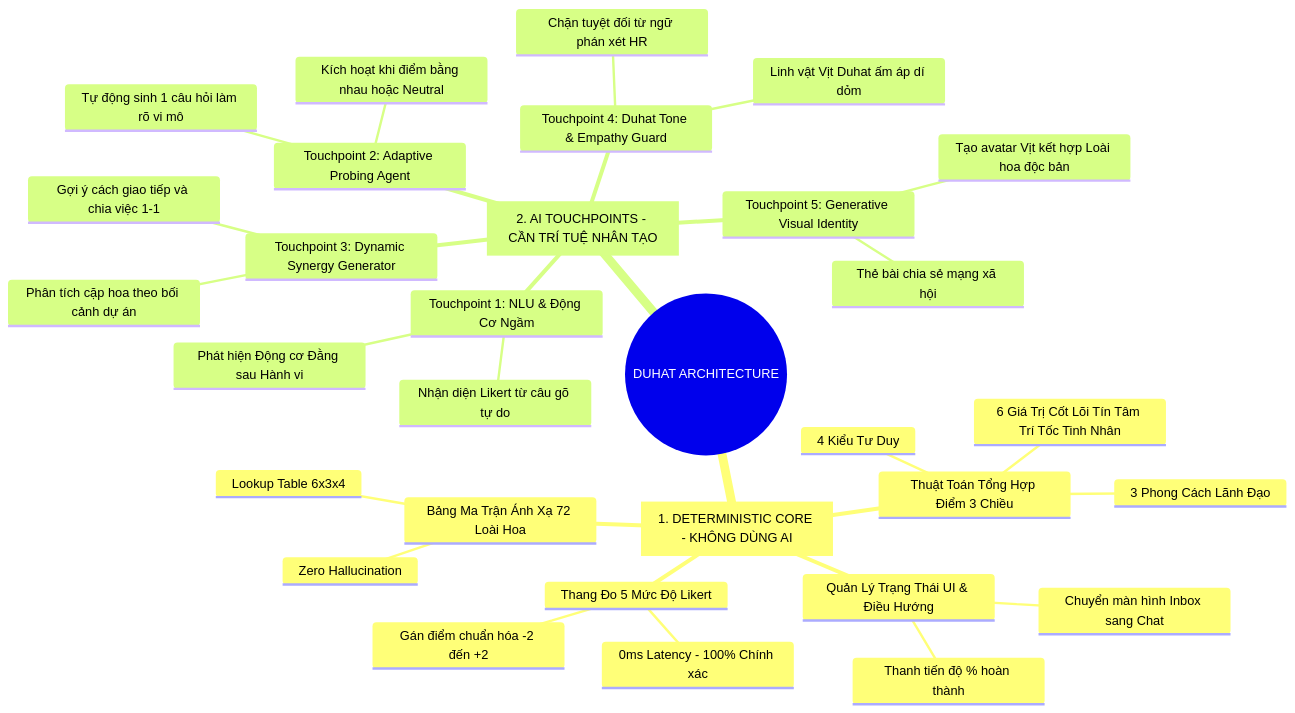
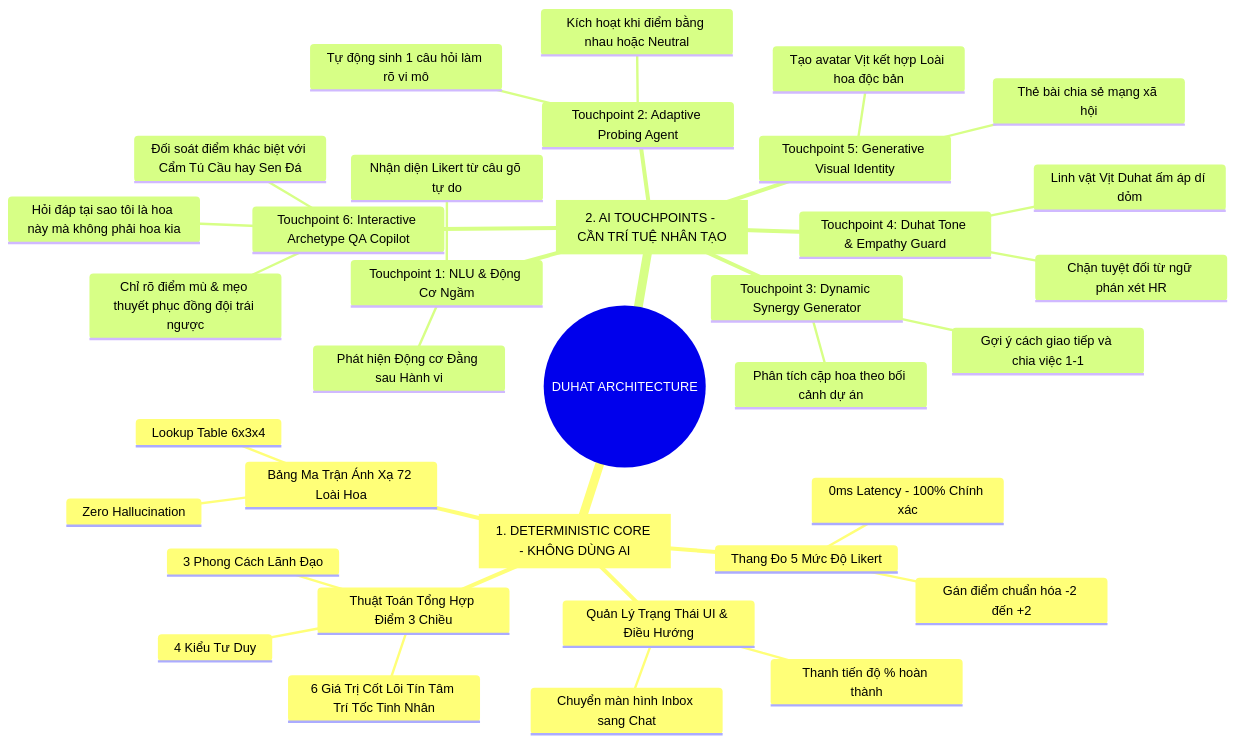
Before and after one commit to DaoThang38/duhat-personality-test: the first of 3 diagrams in AI_KNOWLEDGE_BASE_ASSESSMENT.md, drawn with Mermaid. The commit also changed other lines of this file and 4 other files, not shown here.

Commit message:
feat: add Flower AI Q&A Copilot and Executive Presentation Deck HTML

````diff
--- a/AI_KNOWLEDGE_BASE_ASSESSMENT.md
+++ b/AI_KNOWLEDGE_BASE_ASSESSMENT.md
@@ -16,35 +20,39 @@
 ```mermaid
 mindmap
   root((DUHAT ARCHITECTURE))
     ::icon(fa fa-brain)
     [1. DETERMINISTIC CORE - KHÔNG DÙNG AI]
       Thang Đo 5 Mức Độ Likert
         Gán điểm chuẩn hóa -2 đến +2
         0ms Latency - 100% Chính xác
       Thuật Toán Tổng Hợp Điểm 3 Chiều
         6 Giá Trị Cốt Lõi Tín Tâm Trí Tốc Tinh Nhân
         3 Phong Cách Lãnh Đạo
         4 Kiểu Tư Duy
       Bảng Ma Trận Ánh Xạ 72 Loài Hoa
         Lookup Table 6x3x4
         Zero Hallucination
       Quản Lý Trạng Thái UI & Điều Hướng
         Chuyển màn hình Inbox sang Chat
         Thanh tiến độ % hoàn thành
     [2. AI TOUCHPOINTS - CẦN TRÍ TUỆ NHÂN TẠO]
       Touchpoint 1: NLU & Động Cơ Ngầm
         Nhận diện Likert từ câu gõ tự do
         Phát hiện Động cơ Đằng sau Hành vi
       Touchpoint 2: Adaptive Probing Agent
         Kích hoạt khi điểm bằng nhau hoặc Neutral
         Tự động sinh 1 câu hỏi làm rõ vi mô
       Touchpoint 3: Dynamic Synergy Generator
         Phân tích cặp hoa theo bối cảnh dự án
         Gợi ý cách giao tiếp và chia việc 1-1
       Touchpoint 4: Duhat Tone & Empathy Guard
         Linh vật Vịt Duhat ấm áp dí dỏm
         Chặn tuyệt đối từ ngữ phán xét HR
       Touchpoint 5: Generative Visual Identity
         Tạo avatar Vịt kết hợp Loài hoa độc bản
         Thẻ bài chia sẻ mạng xã hội
+      Touchpoint 6: Interactive Archetype QA Copilot
+        Hỏi đáp tại sao tôi là hoa này mà không phải hoa kia
+        Đối soát điểm khác biệt với Cẩm Tú Cầu hay Sen Đá
+        Chỉ rõ điểm mù & mẹo thuyết phục đồng đội trái ngược
 ```
````
